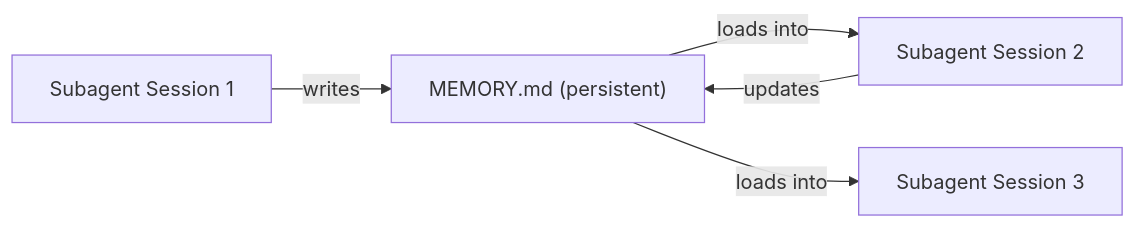
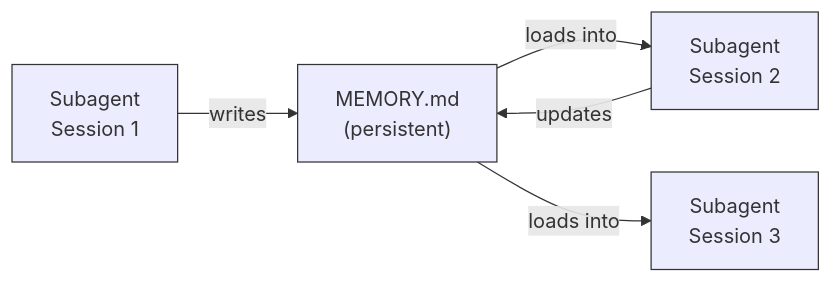
One commit to Rx782-Fss/claude-howto-zh changed the first of 7 diagrams in claude-howto-zh/04-subagents/README.md. Above: the diagram before and after it, drawn with Mermaid. The commit also changed other lines of this file and 91 other files, not shown here.

````diff
--- a/claude-howto-zh/04-subagents/README.md
+++ b/claude-howto-zh/04-subagents/README.md
@@ -446,8 +487,12 @@
 ```mermaid
 graph LR
-    A["Subagent Session 1"] -->|writes| M["MEMORY.md (persistent)"]
-    M -->|loads into| B["Subagent Session 2"]
+    A["Subagent<br/>Session 1"] -->|writes| M["MEMORY.md<br/>(persistent)"]
+    M -->|loads into| B["Subagent<br/>Session 2"]
     B -->|updates| M
-    M -->|loads into| C["Subagent Session 3"]
+    M -->|loads into| C["Subagent<br/>Session 3"]
 
+    style A fill:# e1f5fe,stroke:#333,color:#333
+    style B fill:# e1f5fe,stroke:#333,color:#333
+    style C fill:# e1f5fe,stroke:#333,color:#333
+    style M fill:# f3e5f5,stroke:#333,color:#333
 ```
````
